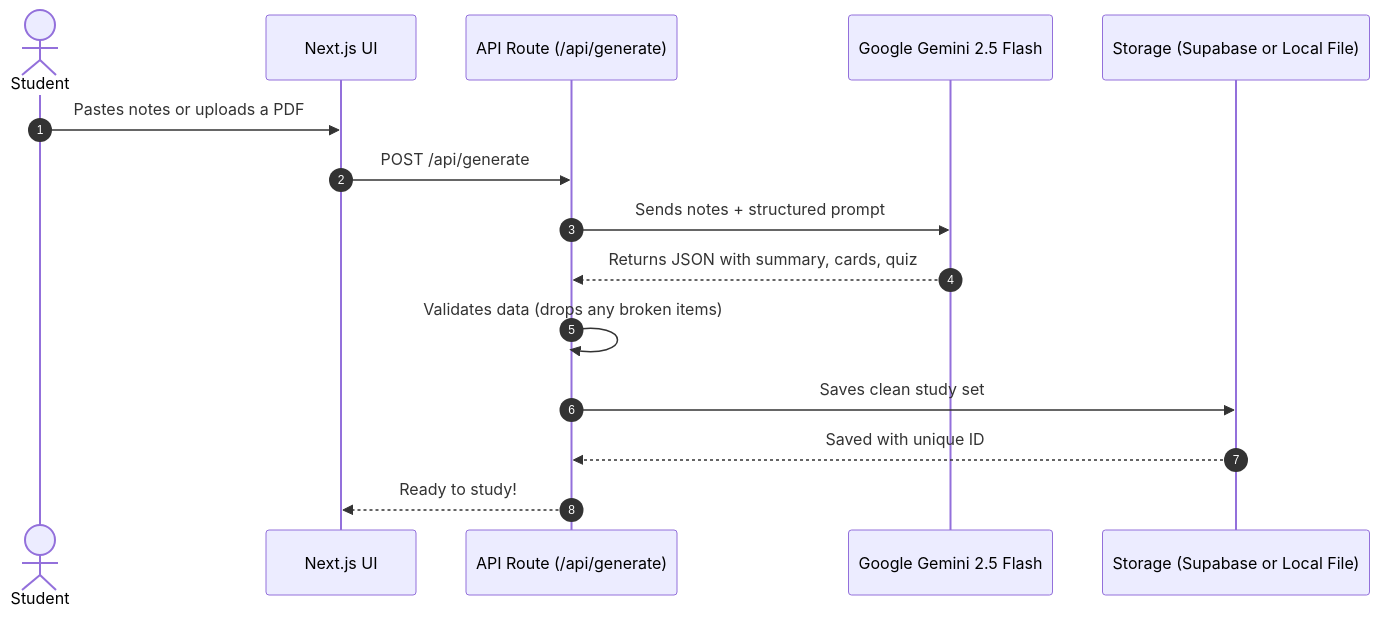
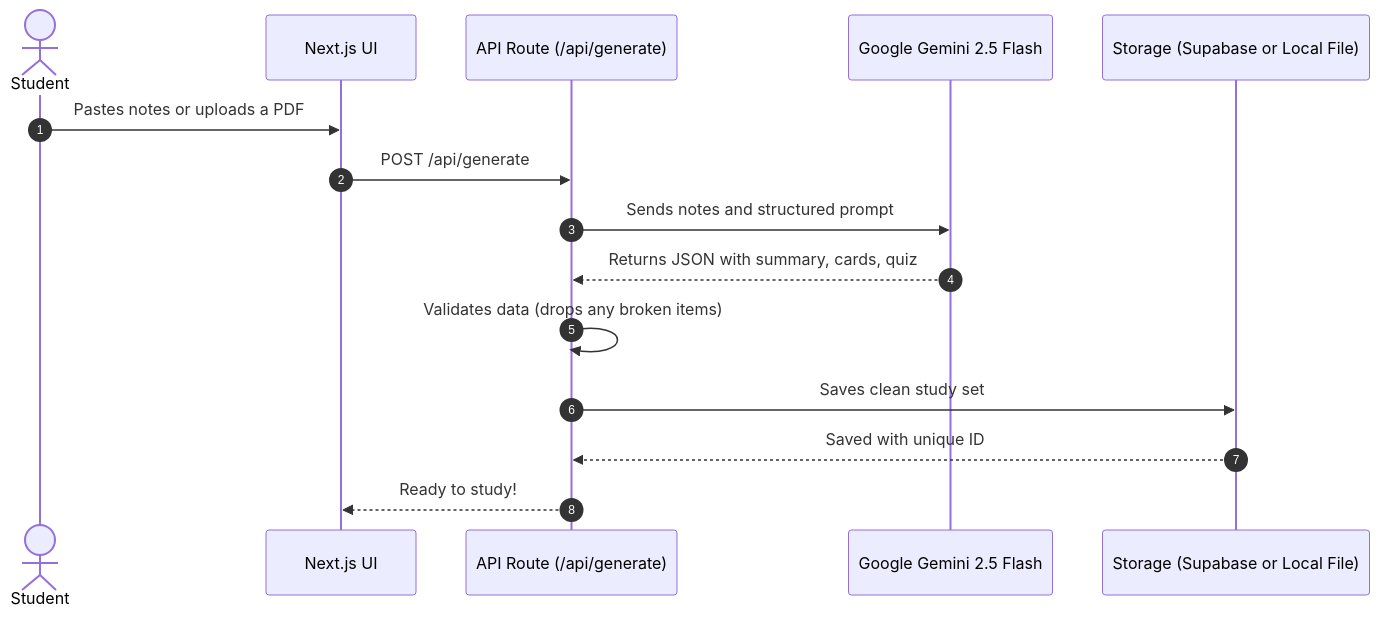
One commit to Binit08/study_planner changed the second of 4 diagrams in README.md. Above: the diagram before and after it, drawn with Mermaid. The commit also changed other lines of this file and 4 other files, not shown here.

Commit message:
fix diagrams in readme

````diff
--- a/README.md
+++ b/README.md
@@ -57,18 +63,18 @@
 ```mermaid
 sequenceDiagram
     autonumber
     actor Student
     participant Browser as Next.js UI
     participant Backend as API Route (/api/generate)
     participant Gemini as Google Gemini 2.5 Flash
     participant DB as Storage (Supabase or Local File)
 
     Student->>Browser: Pastes notes or uploads a PDF
     Browser->>Backend: POST /api/generate
-    Backend->>Gemini: Sends notes + structured prompt
+    Backend->>Gemini: Sends notes and structured prompt
     Gemini-->>Backend: Returns JSON with summary, cards, quiz
     Backend->>Backend: Validates data (drops any broken items)
     Backend->>DB: Saves clean study set
     DB-->>Backend: Saved with unique ID
     Backend-->>Browser: Ready to study!
 ```
````
